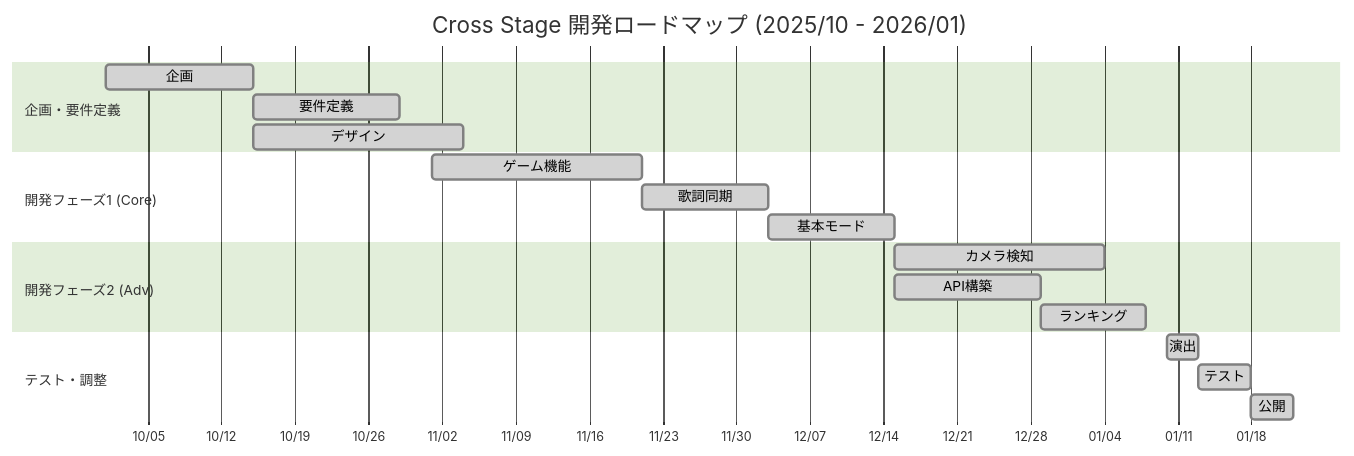
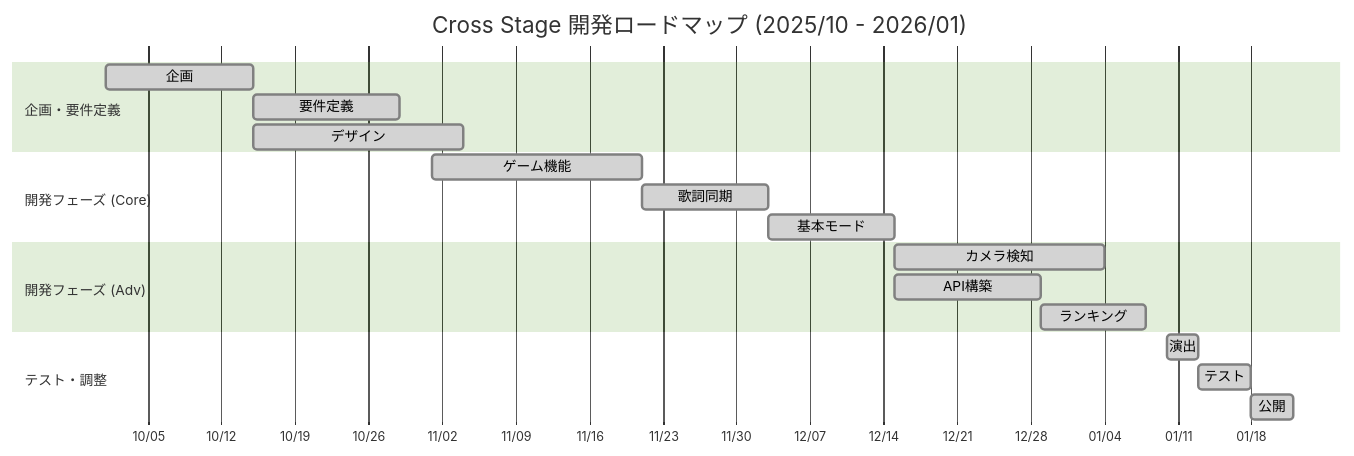
The sixth of 9 diagrams in README.md (syusyusyusyu/star), drawn with Mermaid (forest theme) before and after one commit.

Commit message:
fix: 開発フェーズのセクション名を統一

````diff
--- a/README.md
+++ b/README.md
@@ -193,26 +193,26 @@
 ```mermaid
 gantt
     title Cross Stage 開発ロードマップ (2025/10 - 2026/01)
     dateFormat  YYYY-MM-DD
     axisFormat %m/%d
     
     section 企画・要件定義
     企画               :done, a1, 2025-10-01, 14d
     要件定義           :done, a2, after a1, 14d
     デザイン           :done, a3, after a1, 20d
     
-    section 開発フェーズ1 (Core)
+    section 開発フェーズ (Core)
     ゲーム機能       :done, b1, 2025-11-01, 20d
     歌詞同期           :done, b2, after b1, 12d
     基本モード         :done, b3, after b2, 12d
     
-    section 開発フェーズ2 (Adv)
+    section 開発フェーズ (Adv)
     カメラ検知         :done, c1, after b3, 20d
     API構築            :done, c2, after b3, 14d
     ランキング         :done, c3, after c2, 10d
     
     section テスト・調整
     演出               :done, d1, 2026-01-10, 3d
     テスト             :done, d2, after d1, 5d
     公開               :done, d3, after d2, 4d
 ```
````
